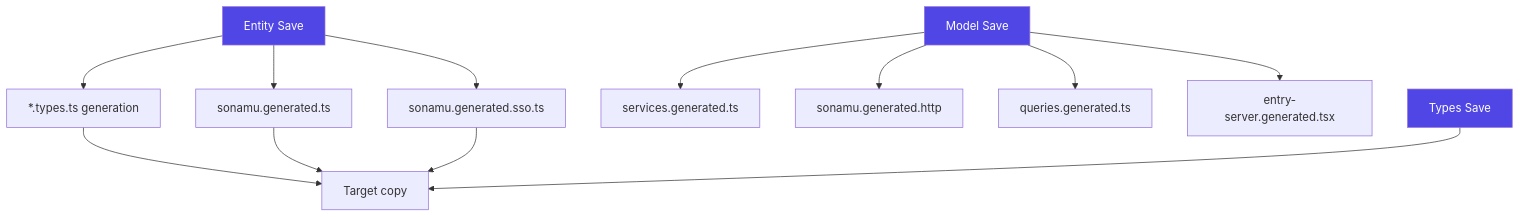
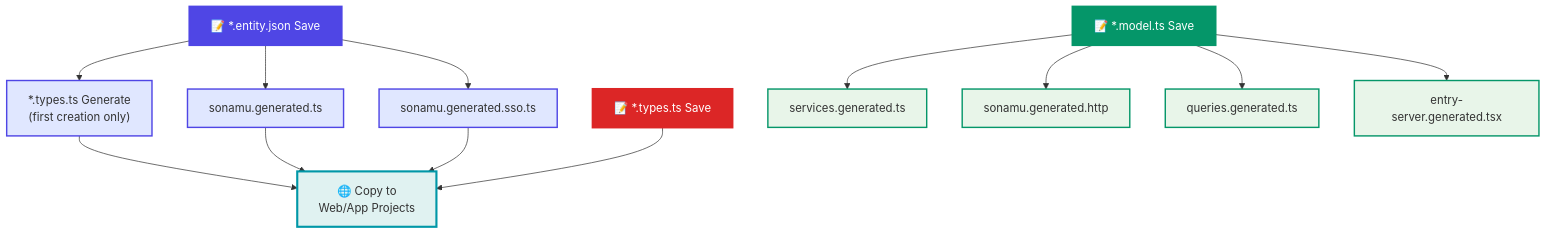
The diagram in modules/docs/en/core-concepts/auto-generation/when-files-regenerate.mdx (cartanova-ai/sonamu), drawn with Mermaid before and after one commit. The commit also changed 95 other files, not shown here.

````diff
--- a/modules/docs/en/core-concepts/auto-generation/when-files-regenerate.mdx
+++ b/modules/docs/en/core-concepts/auto-generation/when-files-regenerate.mdx
@@ -10,21 +10,35 @@
 ```mermaid
 flowchart TD
-    A[Entity Save] --> B[*.types.ts generation]
-    A --> C[sonamu.generated.ts]
-    A --> D[sonamu.generated.sso.ts]
-    
-    E[Model Save] --> F[services.generated.ts]
-    E --> G[sonamu.generated.http]
-    E --> H[queries.generated.ts]
-    E --> I[entry-server.generated.tsx]
-    
-    J[Types Save] --> K[Target copy]
-    
-    C --> K
-    D --> K
-    B --> K
-    
-    style A fill:#4f46e5,color:#fff
-    style E fill:#4f46e5,color:#fff
-    style J fill:#4f46e5,color:#fff
+    A["📝 *.entity.json Save"]
+    E["📝 *.model.ts Save"]
+    J["📝 *.types.ts Save"]
+
+    A --> A1["*.types.ts Generate<br/>(first creation only)"]
+    A --> A2[sonamu.generated.ts]
+    A --> A3[sonamu.generated.sso.ts]
+
+    E --> E1[services.generated.ts]
+    E --> E2[sonamu.generated.http]
+    E --> E3[queries.generated.ts]
+    E --> E4[entry-server.generated.tsx]
+
+    A1 --> W["🌐 Copy to<br/>Web/App Projects"]
+    A2 --> W
+    A3 --> W
+    J --> W
+
+    style A fill:#4f46e5,color:#fff,stroke:#4f46e5,stroke-width:3px
+    style E fill:#059669,color:#fff,stroke:#059669,stroke-width:3px
+    style J fill:#dc2626,color:#fff,stroke:#dc2626,stroke-width:3px
+
+    style A1 fill:#e0e7ff,stroke:#4f46e5,stroke-width:2px
+    style A2 fill:#e0e7ff,stroke:#4f46e5,stroke-width:2px
+    style A3 fill:#e0e7ff,stroke:#4f46e5,stroke-width:2px
+
+    style E1 fill:#e8f5e9,stroke:#059669,stroke-width:2px
+    style E2 fill:#e8f5e9,stroke:#059669,stroke-width:2px
+    style E3 fill:#e8f5e9,stroke:#059669,stroke-width:2px
+    style E4 fill:#e8f5e9,stroke:#059669,stroke-width:2px
+
+    style W fill:#e0f2f1,stroke:#0097a7,stroke-width:3px
 ```
````
